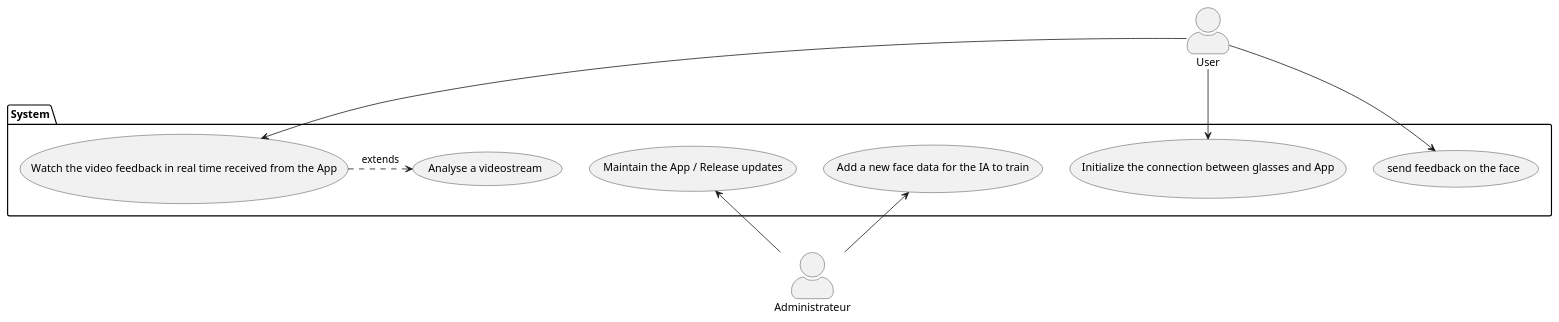
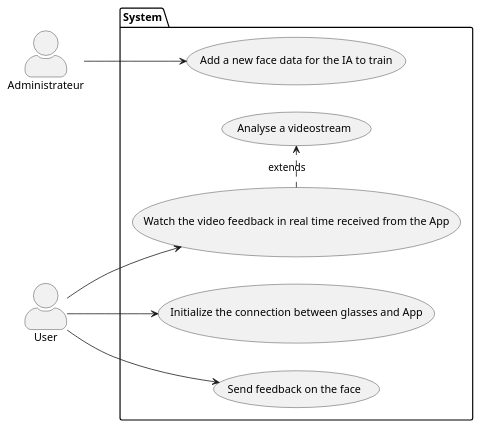
One commit to MariusLD/PROJET-ESIR2 changed the diagram in sprint0/usecase_diagram.wsd. Above: the diagram before and after it, drawn with PlantUML.

Commit message:
Clean use case diagram

```diff
--- a/sprint0/usecase_diagram.wsd
+++ b/sprint0/usecase_diagram.wsd
@@ -1,22 +1,23 @@
 @startuml
+left to right direction
 skinparam actorStyle awesome
 actor Administrateur as D
 actor User as U
 
 package System as A {
 usecase "Add a new face data for the IA to train" as UC1
 usecase "Initialize the connection between glasses and App" as UC2
 usecase "Watch the video feedback in real time received from the App" as UC3
-usecase "Maintain the App / Release updates" as UC5
+'usecase "Maintain the App / Release updates" as UC5
 usecase "Analyse a videostream" as UC6
-usecase "send feedback on the face" as UC7
+usecase "Send feedback on the face" as UC7
 (UC3) .> (UC6) : extends
 }
 
-U -down-> UC2
-U -down-> UC3
-U -down-> UC7
-D -up-> UC1
-D -up-> UC5
+U --> UC2
+U --> UC3
+U --> UC7
+D --> UC1
+'D --> UC5
 
 @enduml
```
